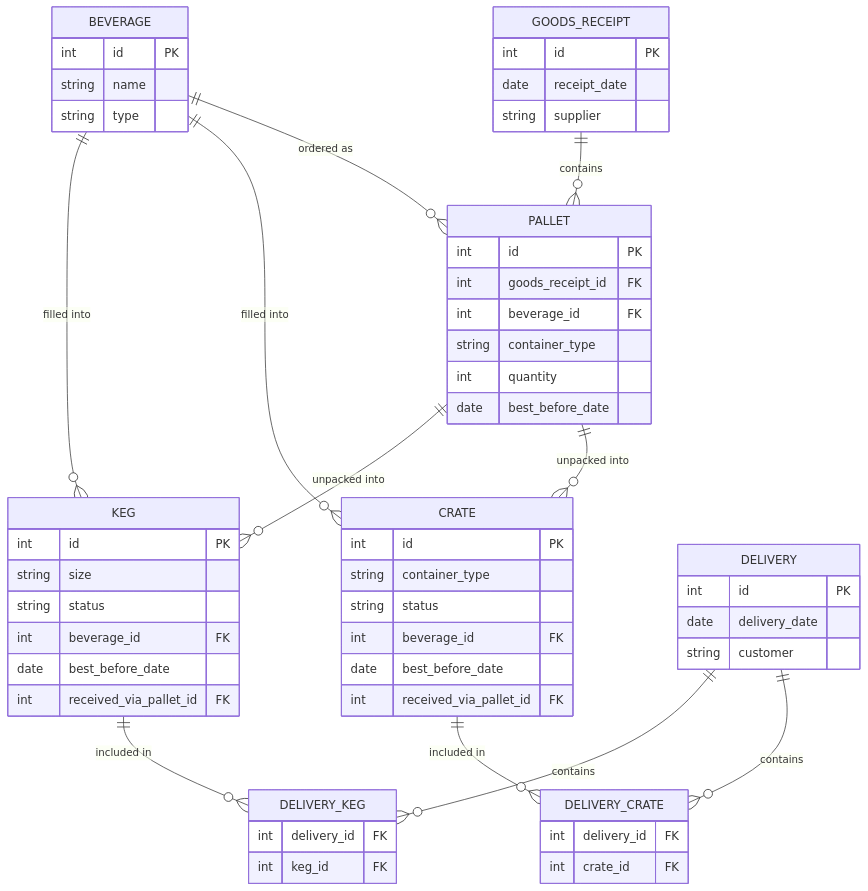
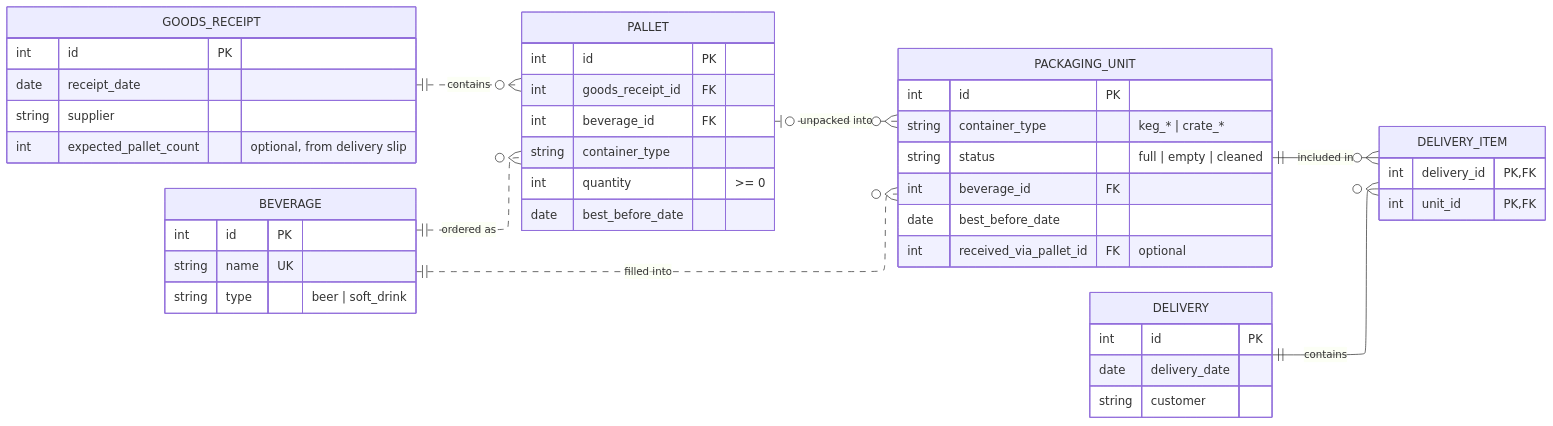
The diagram in docs/er-diagram.mmd (Random-Mad-Coder/beverage-logistics-api), drawn with Mermaid before and after one commit. The commit also changed 5 other files, not shown here.

First line of the commit message:
Update README and diagrams to the current data model

```diff
--- a/docs/er-diagram.mmd
+++ b/docs/er-diagram.mmd
@@ -1,59 +1,49 @@
+---
+config:
+  layout: elk
+---
 erDiagram
-    BEVERAGE ||--o{ KEG : "filled into"
-    BEVERAGE ||--o{ CRATE : "filled into"
-    BEVERAGE ||--o{ PALLET : "ordered as"
-    GOODS_RECEIPT ||--o{ PALLET : contains
-    PALLET ||--o{ KEG : "unpacked into"
-    PALLET ||--o{ CRATE : "unpacked into"
-    DELIVERY ||--o{ DELIVERY_KEG : contains
-    KEG ||--o{ DELIVERY_KEG : "included in"
-    DELIVERY ||--o{ DELIVERY_CRATE : contains
-    CRATE ||--o{ DELIVERY_CRATE : "included in"
+    direction LR
+    GOODS_RECEIPT ||..o{ PALLET : contains
+    BEVERAGE ||..o{ PALLET : "ordered as"
+    BEVERAGE ||..o{ PACKAGING_UNIT : "filled into"
+    PALLET |o..o{ PACKAGING_UNIT : "unpacked into"
+    PACKAGING_UNIT ||--o{ DELIVERY_ITEM : "included in"
+    DELIVERY ||--o{ DELIVERY_ITEM : contains
 
     BEVERAGE {
         int id PK
-        string name
-        string type
-    }
-    KEG {
-        int id PK
-        string size
-        string status
-        int beverage_id FK
-        date best_before_date
-        int received_via_pallet_id FK
-    }
-    CRATE {
-        int id PK
-        string container_type
-        string status
-        int beverage_id FK
-        date best_before_date
-        int received_via_pallet_id FK
+        string name UK
+        string type "beer | soft_drink"
     }
     GOODS_RECEIPT {
         int id PK
         date receipt_date
         string supplier
+        int expected_pallet_count "optional, from delivery slip"
     }
     PALLET {
         int id PK
         int goods_receipt_id FK
         int beverage_id FK
         string container_type
-        int quantity
+        int quantity ">= 0"
         date best_before_date
+    }
+    PACKAGING_UNIT {
+        int id PK
+        string container_type "keg_* | crate_*"
+        string status "full | empty | cleaned"
+        int beverage_id FK
+        date best_before_date
+        int received_via_pallet_id FK "optional"
     }
     DELIVERY {
         int id PK
         date delivery_date
         string customer
     }
-    DELIVERY_KEG {
-        int delivery_id FK
-        int keg_id FK
+    DELIVERY_ITEM {
+        int delivery_id PK, FK
+        int unit_id PK, FK
     }
-    DELIVERY_CRATE {
-        int delivery_id FK
-        int crate_id FK
-    }
```
